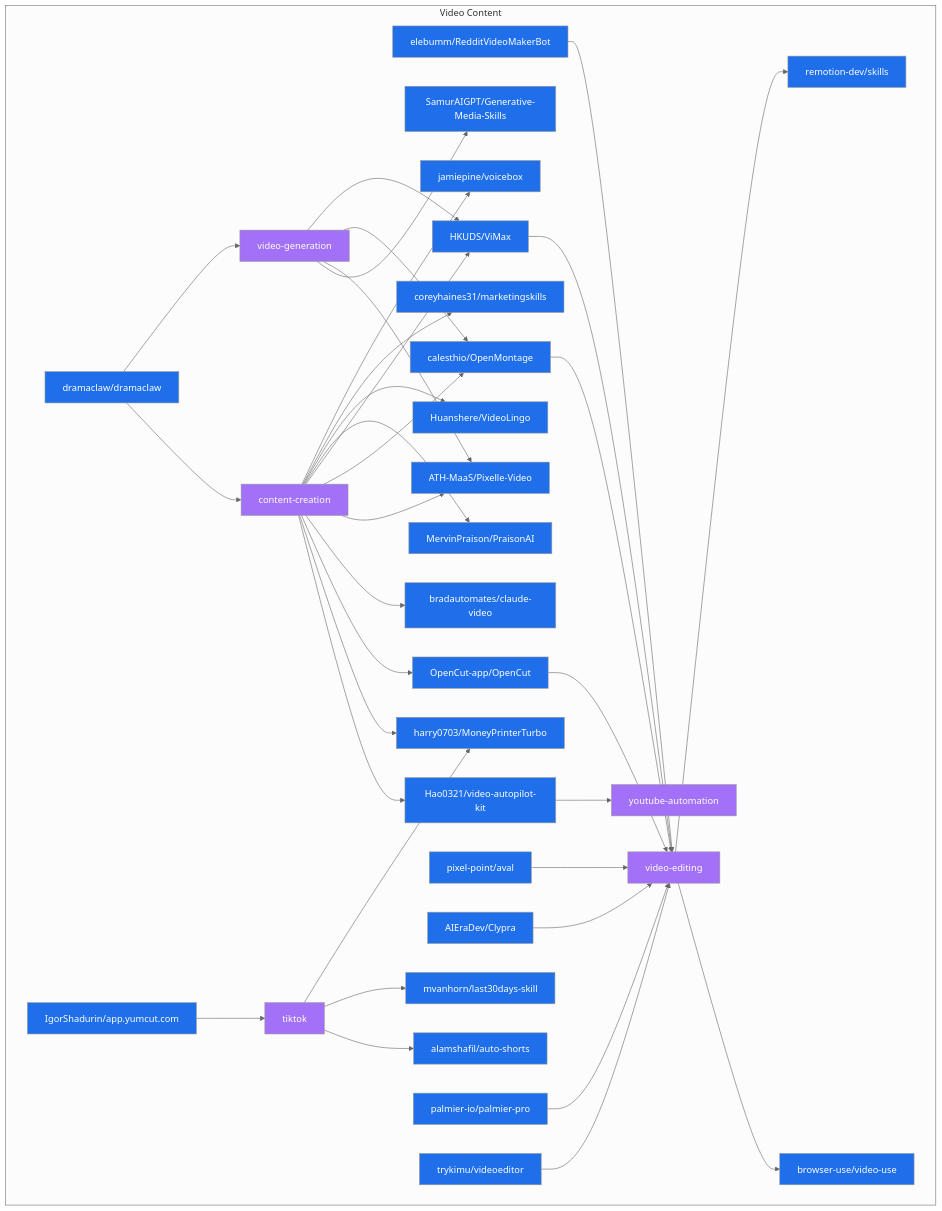
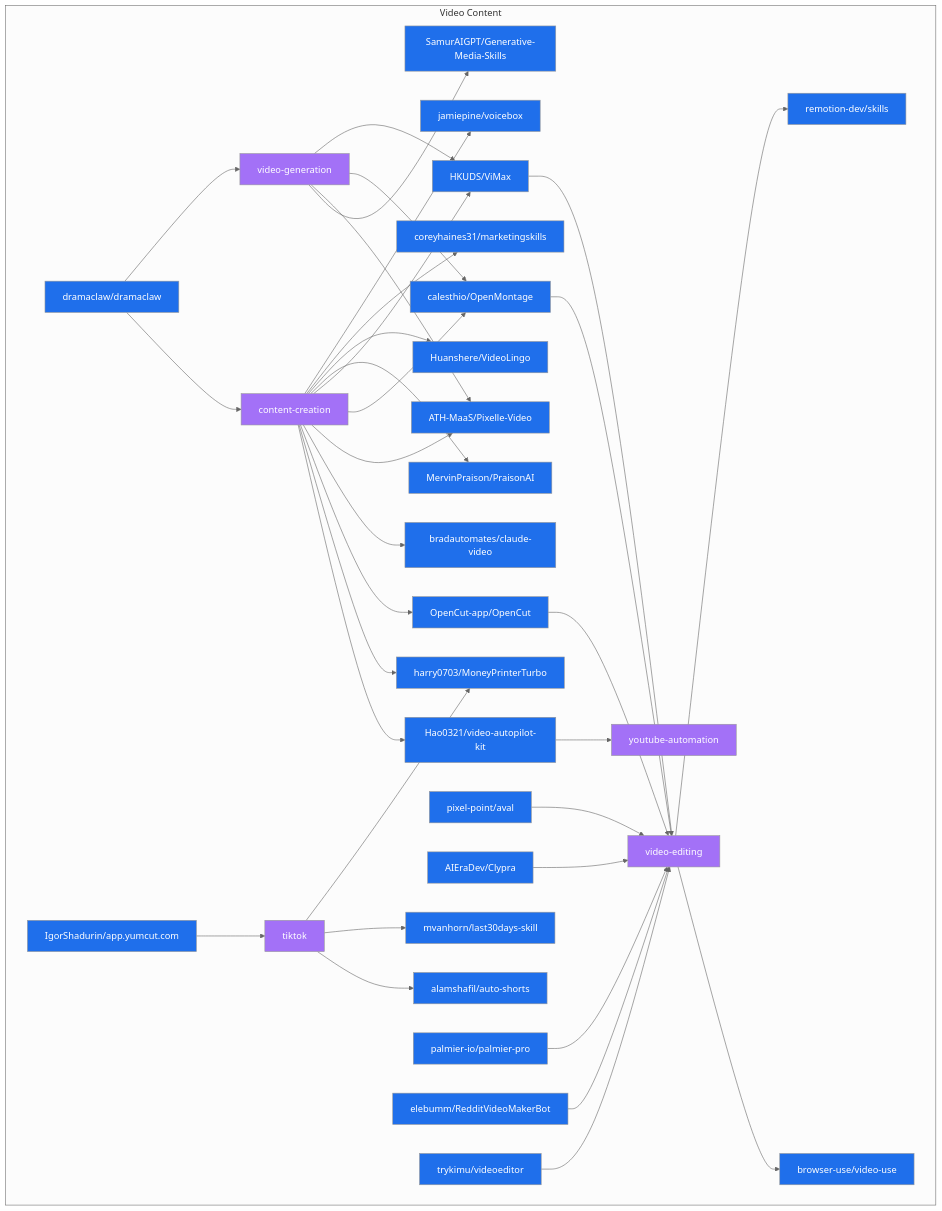
One commit to Meru143/star-graph changed the diagram in data/star_graph_video_content.mermaid. Above: the diagram before and after it, drawn with Mermaid (neutral theme). The commit also changed other lines of this file and 15 other files, not shown here.

Commit message:
chore: weekly star graph update 2026-09-07

```diff
--- a/data/star_graph_video_content.mermaid
+++ b/data/star_graph_video_content.mermaid
@@ -1,68 +1,68 @@
 graph TD
   subgraph video_content ["Video Content"]
+    dramaclaw_dramaclaw["dramaclaw/dramaclaw"]:::repo
+    video_generation["video-generation"]:::topic
+    IgorShadurin_app_yumcut_com["IgorShadurin/app.yumcut.com"]:::repo
+    OpenCut_app_OpenCut["OpenCut-app/OpenCut"]:::repo
+    browser_use_video_use["browser-use/video-use"]:::repo
+    MervinPraison_PraisonAI["MervinPraison/PraisonAI"]:::repo
+    bradautomates_claude_video["bradautomates/claude-video"]:::repo
+    alamshafil_auto_shorts["alamshafil/auto-shorts"]:::repo
+    calesthio_OpenMontage["calesthio/OpenMontage"]:::repo
+    HKUDS_ViMax["HKUDS/ViMax"]:::repo
+    pixel_point_aval["pixel-point/aval"]:::repo
     elebumm_RedditVideoMakerBot["elebumm/RedditVideoMakerBot"]:::repo
+    coreyhaines31_marketingskills["coreyhaines31/marketingskills"]:::repo
+    trykimu_videoeditor["trykimu/videoeditor"]:::repo
+    SamurAIGPT_Generative_Media_Skills["SamurAIGPT/Generative-Media-Skills"]:::repo
+    content_creation["content-creation"]:::topic
+    harry0703_MoneyPrinterTurbo["harry0703/MoneyPrinterTurbo"]:::repo
+    jamiepine_voicebox["jamiepine/voicebox"]:::repo
+    tiktok["tiktok"]:::topic
+    youtube_automation["youtube-automation"]:::topic
     mvanhorn_last30days_skill["mvanhorn/last30days-skill"]:::repo
-    tiktok["tiktok"]:::topic
-    jamiepine_voicebox["jamiepine/voicebox"]:::repo
-    video_generation["video-generation"]:::topic
-    browser_use_video_use["browser-use/video-use"]:::repo
+    palmier_io_palmier_pro["palmier-io/palmier-pro"]:::repo
+    Hao0321_video_autopilot_kit["Hao0321/video-autopilot-kit"]:::repo
+    Huanshere_VideoLingo["Huanshere/VideoLingo"]:::repo
+    remotion_dev_skills["remotion-dev/skills"]:::repo
+    AIEraDev_Clypra["AIEraDev/Clypra"]:::repo
     ATH_MaaS_Pixelle_Video["ATH-MaaS/Pixelle-Video"]:::repo
-    Hao0321_video_autopilot_kit["Hao0321/video-autopilot-kit"]:::repo
-    IgorShadurin_app_yumcut_com["IgorShadurin/app.yumcut.com"]:::repo
-    alamshafil_auto_shorts["alamshafil/auto-shorts"]:::repo
-    pixel_point_aval["pixel-point/aval"]:::repo
-    youtube_automation["youtube-automation"]:::topic
-    remotion_dev_skills["remotion-dev/skills"]:::repo
-    coreyhaines31_marketingskills["coreyhaines31/marketingskills"]:::repo
-    Huanshere_VideoLingo["Huanshere/VideoLingo"]:::repo
-    harry0703_MoneyPrinterTurbo["harry0703/MoneyPrinterTurbo"]:::repo
-    calesthio_OpenMontage["calesthio/OpenMontage"]:::repo
-    AIEraDev_Clypra["AIEraDev/Clypra"]:::repo
-    dramaclaw_dramaclaw["dramaclaw/dramaclaw"]:::repo
-    HKUDS_ViMax["HKUDS/ViMax"]:::repo
     video_editing["video-editing"]:::topic
-    content_creation["content-creation"]:::topic
-    MervinPraison_PraisonAI["MervinPraison/PraisonAI"]:::repo
-    SamurAIGPT_Generative_Media_Skills["SamurAIGPT/Generative-Media-Skills"]:::repo
-    palmier_io_palmier_pro["palmier-io/palmier-pro"]:::repo
-    OpenCut_app_OpenCut["OpenCut-app/OpenCut"]:::repo
-    bradautomates_claude_video["bradautomates/claude-video"]:::repo
-    trykimu_videoeditor["trykimu/videoeditor"]:::repo
   end
   dramaclaw_dramaclaw --> content_creation
   dramaclaw_dramaclaw --> video_generation
   content_creation --> Hao0321_video_autopilot_kit
   content_creation --> harry0703_MoneyPrinterTurbo
   content_creation --> OpenCut_app_OpenCut
   content_creation --> bradautomates_claude_video
   content_creation --> ATH_MaaS_Pixelle_Video
   content_creation --> calesthio_OpenMontage
   content_creation --> HKUDS_ViMax
   content_creation --> MervinPraison_PraisonAI
   content_creation --> Huanshere_VideoLingo
   content_creation --> coreyhaines31_marketingskills
   content_creation --> jamiepine_voicebox
   video_generation --> SamurAIGPT_Generative_Media_Skills
   video_generation --> ATH_MaaS_Pixelle_Video
   video_generation --> calesthio_OpenMontage
   video_generation --> HKUDS_ViMax
   pixel_point_aval --> video_editing
   AIEraDev_Clypra --> video_editing
   Hao0321_video_autopilot_kit --> youtube_automation
   OpenCut_app_OpenCut --> video_editing
   IgorShadurin_app_yumcut_com --> tiktok
   tiktok --> alamshafil_auto_shorts
   tiktok --> mvanhorn_last30days_skill
   tiktok --> harry0703_MoneyPrinterTurbo
   calesthio_OpenMontage --> video_editing
   palmier_io_palmier_pro --> video_editing
   elebumm_RedditVideoMakerBot --> video_editing
   HKUDS_ViMax --> video_editing
   trykimu_videoeditor --> video_editing
   video_editing --> browser_use_video_use
   video_editing --> remotion_dev_skills
   classDef repo fill:#1f6feb,color:#fff;
   classDef topic fill:#a371f7,color:#fff;
   classDef technology fill:#3fb950,color:#fff;
   classDef use_case fill:#d29922,color:#fff;
   classDef architecture fill:#f85149,color:#fff;
```
